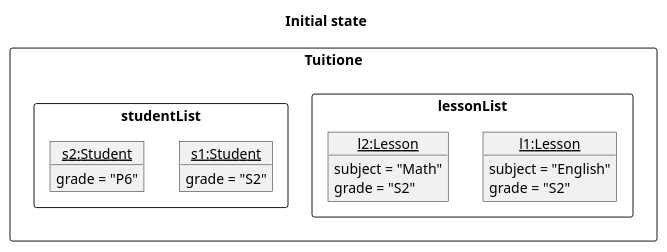
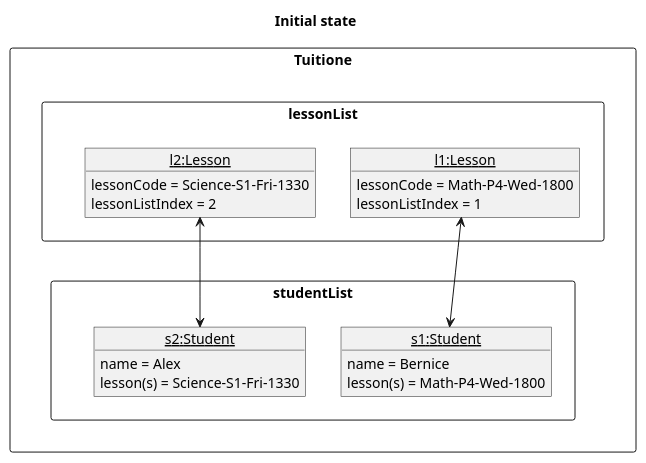
One commit to nus-cs2103-AY2122S1/tp changed the diagram in docs/diagrams/RosterState0.puml. Above: the diagram before and after it, drawn with PlantUML.

Commit message:
Complete Roster State 0 UML Diagram

```diff
--- a/docs/diagrams/RosterState0.puml
+++ b/docs/diagrams/RosterState0.puml
@@ -1,29 +1,37 @@
 @startuml
 'https://plantuml.com/object-diagram
 
 title Initial state
 
 package Tuitione <<rectangle>> {
     package lessonList <<rectangle>> {
         object "<u>l1:Lesson" as Lesson1 {
-        subject = "English"
-        grade = "S2"
+        lessonCode = Math-P4-Wed-1800
+        lessonListIndex = 1
         }
 
         object "<u>l2:Lesson" as Lesson2 {
-        subject = "Math"
-        grade = "S2"
+        lessonCode = Science-S1-Fri-1330
+        lessonListIndex = 2
         }
     }
+
     package studentList <<rectangle>> {
         object "<u>s1:Student" as Student1 {
-        grade = "S2"
+        name = Bernice
+        lesson(s) = Math-P4-Wed-1800
         }
 
         object "<u>s2:Student" as Student2 {
-        grade = "P6"
+        name = Alex
+        lesson(s) = Science-S1-Fri-1330
         }
     }
 }
 
+studentList -[hidden]up-> lessonList
+
+Lesson1 <--> Student1
+Lesson2 <--> Student2
+
 @end
```
